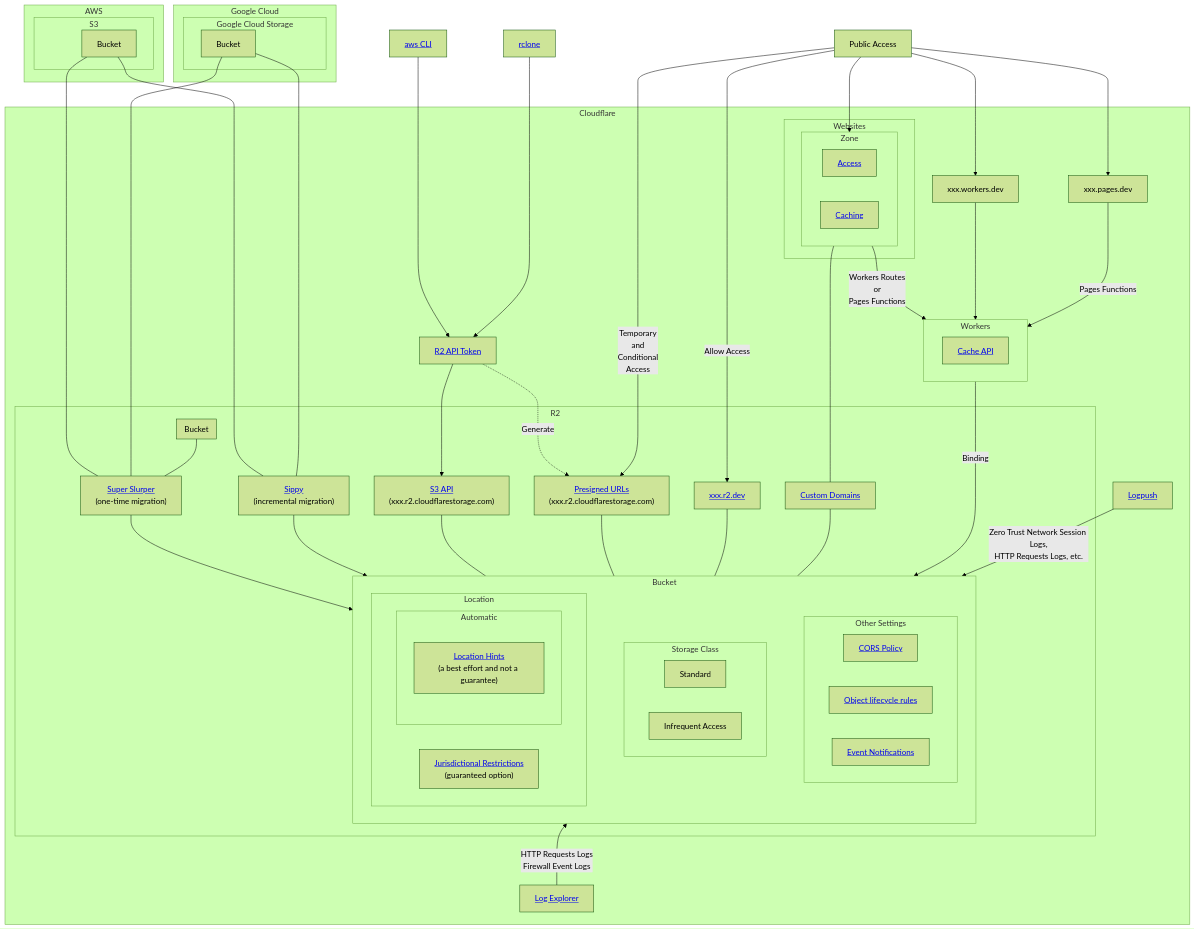
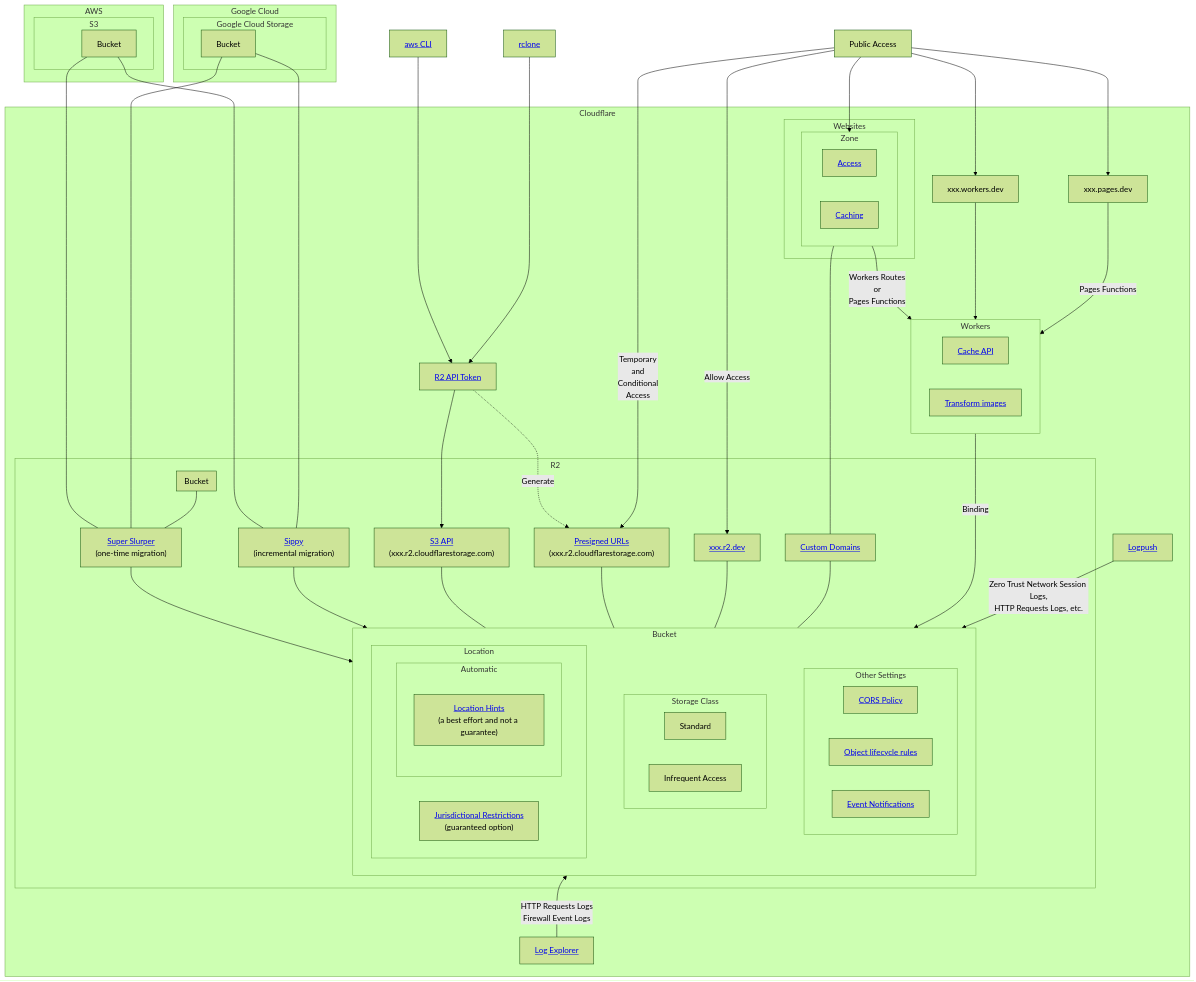
The diagram in r2-feature-and-integration.md (kyouheicf/cloudflare-mermaid-diagrams), drawn with Mermaid (forest theme) before and after one commit.

```diff
--- a/r2-feature-and-integration.md
+++ b/r2-feature-and-integration.md
@@ -4,6 +4,7 @@
 subgraph Cloudflare
 subgraph Workers
 CacheAPI[<a href='https://developers.cloudflare.com/r2/examples/cache-api/'>Cache API</a>]
+IR[<a href='https://developers.cloudflare.com/images/transform-images/'>Transform images</a>]
 end
 subgraph Websites
 subgraph Domain[Zone]
```
